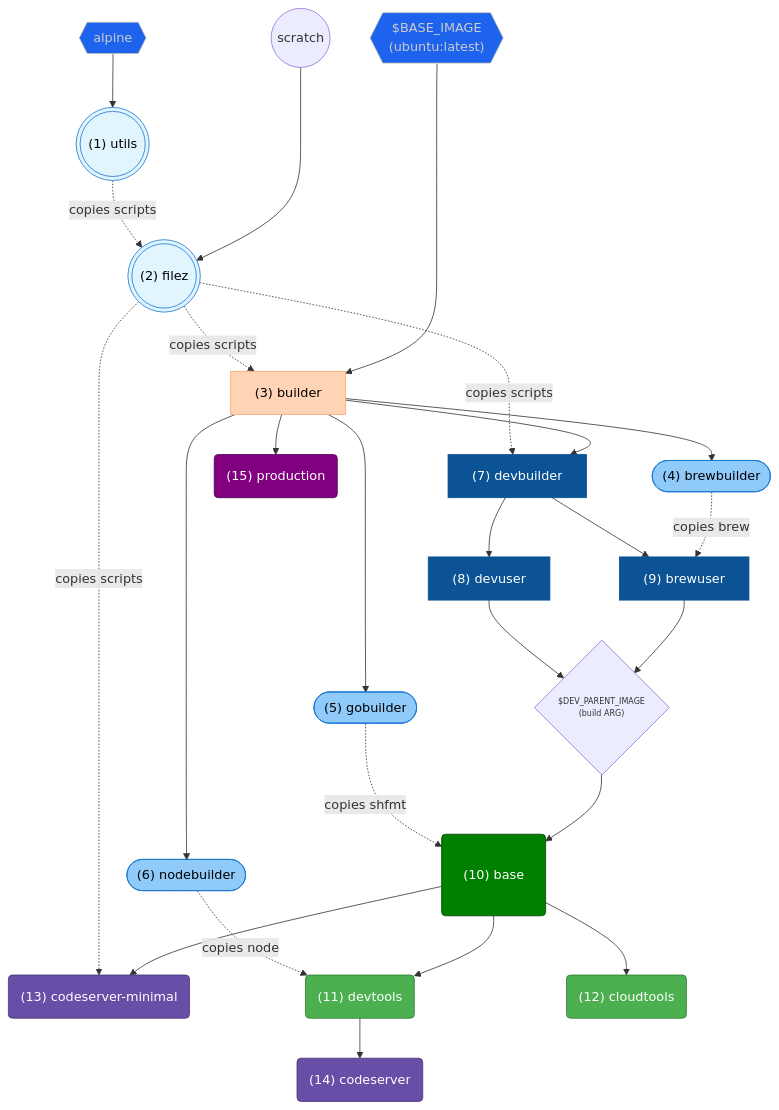
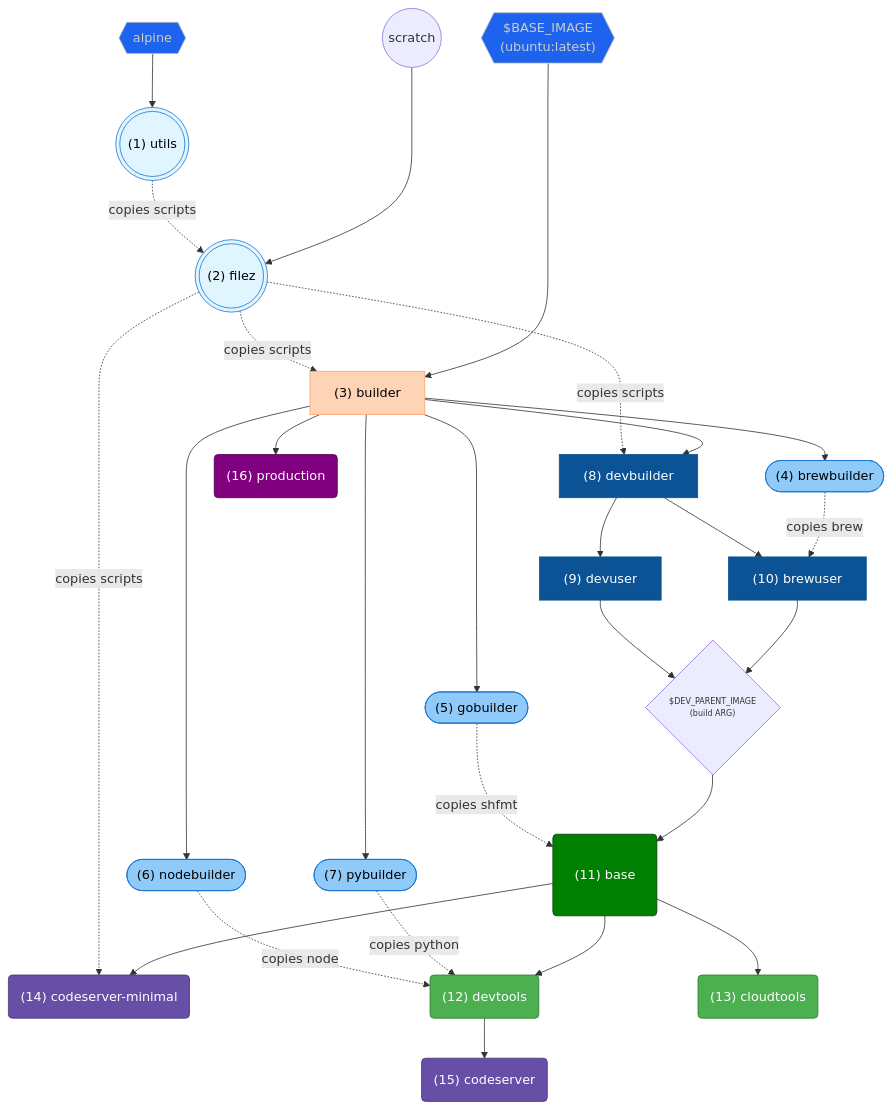
The first of 17 diagrams in .devcontainer/docker/README.md (stairwaytowonderland/starter-project), drawn with Mermaid before and after one commit. The commit also changed other lines of this file and 6 other files, not shown here.

````diff
--- a/.devcontainer/docker/README.md
+++ b/.devcontainer/docker/README.md
@@ -72,61 +72,63 @@
 ```mermaid
 graph TD
     scratch(("scratch"))
     alpine{{"alpine"}}
     parent{{"$BASE_IMAGE<br/>(ubuntu:latest)"}}
 
     filez -.->|copies scripts| builder
     filez -.->|copies scripts| devbuilder
     filez -.->|copies scripts| codeserver-minimal
 
     alpine --> utils((("(1) utils")))
     utils -.->|copies scripts| filez((("(2) filez")))
     scratch ---> filez
     parent ----> builder["(3) builder"]
 
     builder --> brewbuilder(["(4) brewbuilder"])
     builder --> gobuilder(["(5) gobuilder"])
     builder --> nodebuilder(["(6) nodebuilder"])
-    builder --> devbuilder["(7) devbuilder"]
-    builder --> production("(15) production")
+    builder --> pybuilder(["(7) pybuilder"])
+    builder --> devbuilder["(8) devbuilder"]
+    builder --> production("(16) production")
 
-    devbuilder --> devuser["(8) devuser"]
-    devbuilder --> brewuser["(9) brewuser"]
+    devbuilder --> devuser["(9) devuser"]
+    devbuilder --> brewuser["(10) brewuser"]
 
     brewbuilder -.->|copies brew| brewuser
     gobuilder -.->|copies shfmt| base
     nodebuilder -.->|copies node| devtools
+    pybuilder -.->|copies python| devtools
 
     devuser --> dev_parent{"$DEV_PARENT_IMAGE<br/>(build ARG)"}
     brewuser --> dev_parent
-    dev_parent --> base("(10) base")
+    dev_parent --> base("(11) base")
 
-    base --> devtools("(11) devtools")
-    base --> cloudtools("(12) cloudtools")
-    base --> codeserver-minimal("(13) codeserver-minimal")
+    base --> devtools("(12) devtools")
+    base --> cloudtools("(13) cloudtools")
+    base --> codeserver-minimal("(14) codeserver-minimal")
 
-    devtools --> codeserver("(14) codeserver")
+    devtools --> codeserver("(15) codeserver")
 
     style utils fill:#e1f5ff
     style filez fill:#e1f5ff
     style builder fill:#ffd3b6,stroke:#ffa56a,color:#000
     style production fill:#800080,stroke:#4d004d,color:#fff
 
     classDef padding padding:100px
     classDef small font-size:10px
     classDef parent fill:#1d63ed,stroke:#bcbcbc,color:#ccc
     classDef primary fill:#008000,stroke:#004000,color:#fff
     classDef secondary fill:#4caf50,stroke:#2e7d32,color:#fff
     classDef tertiary fill:#674ea7,stroke:#473673,color:#fff
     classDef utility fill:#90caf9,stroke:#1976d2,color:#000
     classDef builder fill:#0b5394,stroke:#0b5394,color:#fff
 
     class alpine,parent parent
     class base padding
     class base,devtools,cloudtools primary
     class devtools,cloudtools secondary
     class codeserver,codeserver-minimal tertiary
-    class utils,filez,gobuilder,nodebuilder,brewbuilder utility
+    class utils,filez,gobuilder,nodebuilder,brewbuilder,pybuilder utility
     class builder,devbuilder,devuser,brewuser builder
     class dev_parent small
 ```
````
